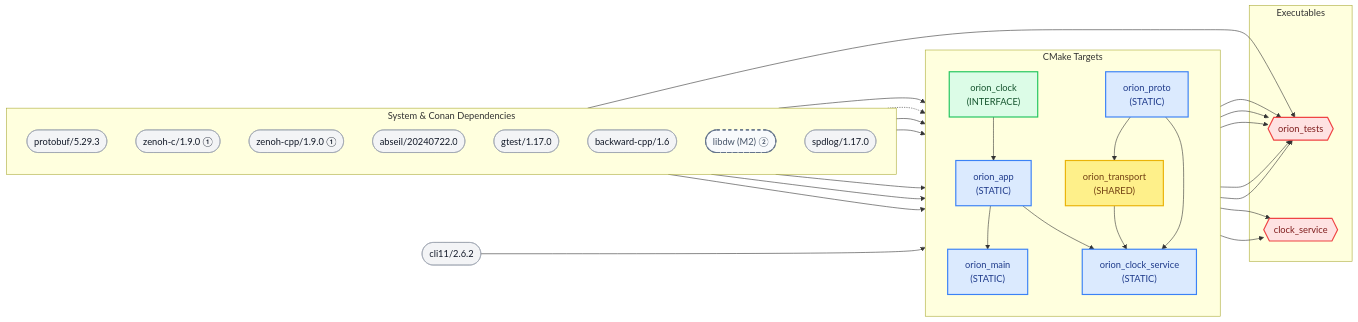
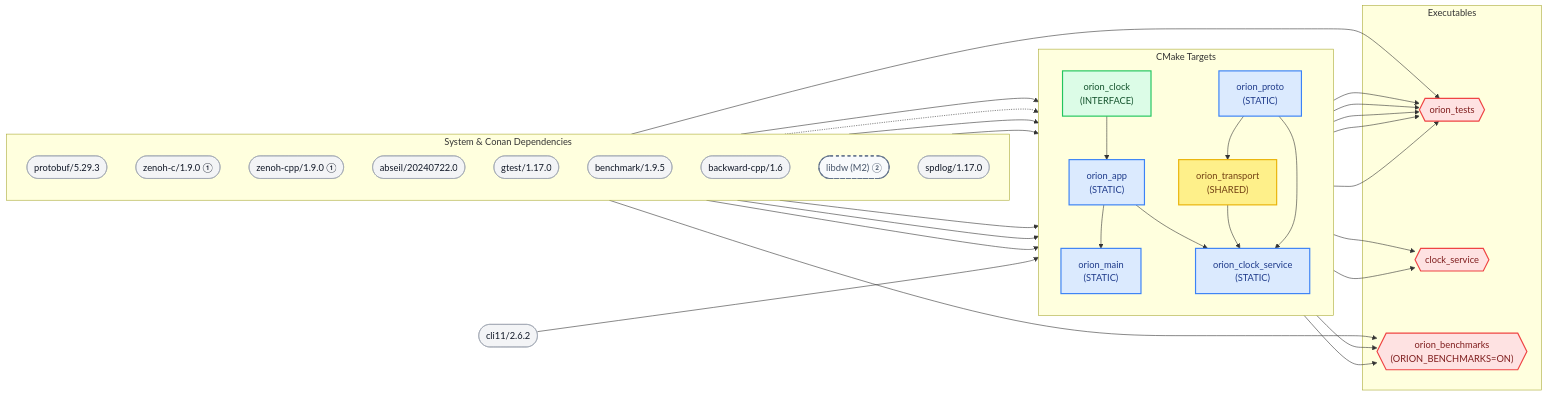
One commit to Unmanned-Constellation/orion changed the diagram in docs/architecture.md. Above: the diagram before and after it, drawn with Mermaid. The commit also changed 12 other files, not shown here.

First line of the commit message:
feat(benchmarks): add Google Benchmark infrastructure for transport latency and throughput (#60)

````diff
--- a/docs/architecture.md
+++ b/docs/architecture.md
@@ -9,68 +9,74 @@
 ```{mermaid}
 flowchart LR
     %% Semantic Style Definitions
     classDef external   fill:#f3f4f6,stroke:#9ca3af,stroke-width:1px,color:#111827
     classDef interface  fill:#dcfce7,stroke:#22c55e,stroke-width:2px,color:#14532d
     classDef staticLib  fill:#dbeafe,stroke:#3b82f6,stroke-width:2px,color:#1e3a8a
     classDef sharedLib  fill:#fef08a,stroke:#eab308,stroke-width:2px,color:#713f12
     classDef executable fill:#fee2e2,stroke:#ef4444,stroke-width:2px,color:#7f1d1d
     classDef planned    fill:#f8fafc,stroke:#64748b,stroke-width:2px,stroke-dasharray: 5 5,color:#475569
 
     subgraph External ["System & Conan Dependencies"]
         direction TB
         protobuf(["protobuf/5.29.3"]):::external
         zenohc(["zenoh-c/1.9.0 ①"]):::external
         zenohcpp(["zenoh-cpp/1.9.0 ①"]):::external
         abseil(["abseil/20240722.0"]):::external
         gtest(["gtest/1.17.0"]):::external
+        gbench(["benchmark/1.9.5"]):::external
         backwardcpp(["backward-cpp/1.6"]):::external
 
         libdw(["libdw (M2) ②"]):::planned
         spdlog(["spdlog/1.17.0"]):::external
     end
 
     subgraph Modules ["CMake Targets"]
         direction TB
         orion_clock["orion_clock<br/>(INTERFACE)"]:::interface
         orion_proto["orion_proto<br/>(STATIC)"]:::staticLib
         orion_app["orion_app<br/>(STATIC)"]:::staticLib
         orion_transport["orion_transport<br/>(SHARED)"]:::sharedLib
         orion_clock_service["orion_clock_service<br/>(STATIC)"]:::staticLib
         orion_main["orion_main<br/>(STATIC)"]:::staticLib
     end
 
     subgraph Executables ["Executables"]
         orion_tests{{"orion_tests"}}:::executable
         clock_service{{"clock_service"}}:::executable
+        orion_benchmarks{{"orion_benchmarks<br/>(ORION_BENCHMARKS=ON)"}}:::executable
     end
 
     %% External to Module Edges
     protobuf    --> orion_proto
     abseil      --> orion_proto
     zenohc      --> orion_transport
     zenohcpp    --> orion_transport
 
     backwardcpp --> orion_app
     libdw       -.-> orion_app
     spdlog      --> orion_app
     cli11(["cli11/2.6.2"]):::external --> orion_main
 
     %% Internal Module Edges
     orion_proto --> orion_transport
     orion_clock --> orion_app
     orion_app   --> orion_main
 
     %% Executable Edges
     orion_clock     --> orion_tests
     orion_app       --> orion_tests
     orion_transport --> orion_tests
     orion_proto     --> orion_tests
     orion_main      --> orion_tests
     gtest           --> orion_tests
 
     orion_app            --> orion_clock_service
     orion_transport      --> orion_clock_service
     orion_proto          --> orion_clock_service
     orion_clock_service  --> clock_service
     orion_main           --> clock_service
+
+    gbench          --> orion_benchmarks
+    orion_transport --> orion_benchmarks
+    orion_proto     --> orion_benchmarks
 ```
````
